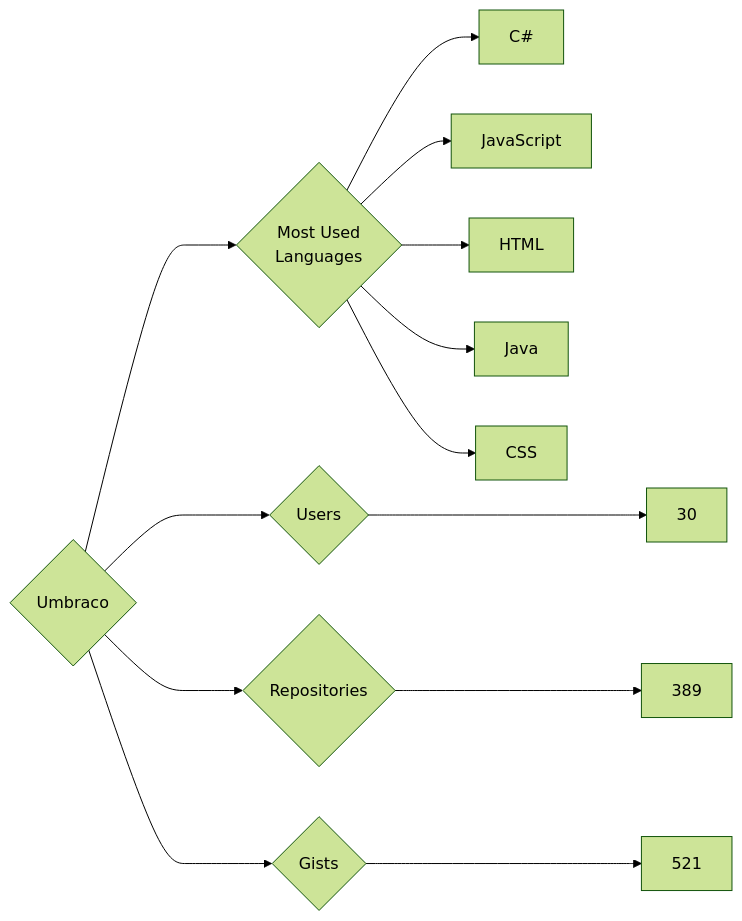
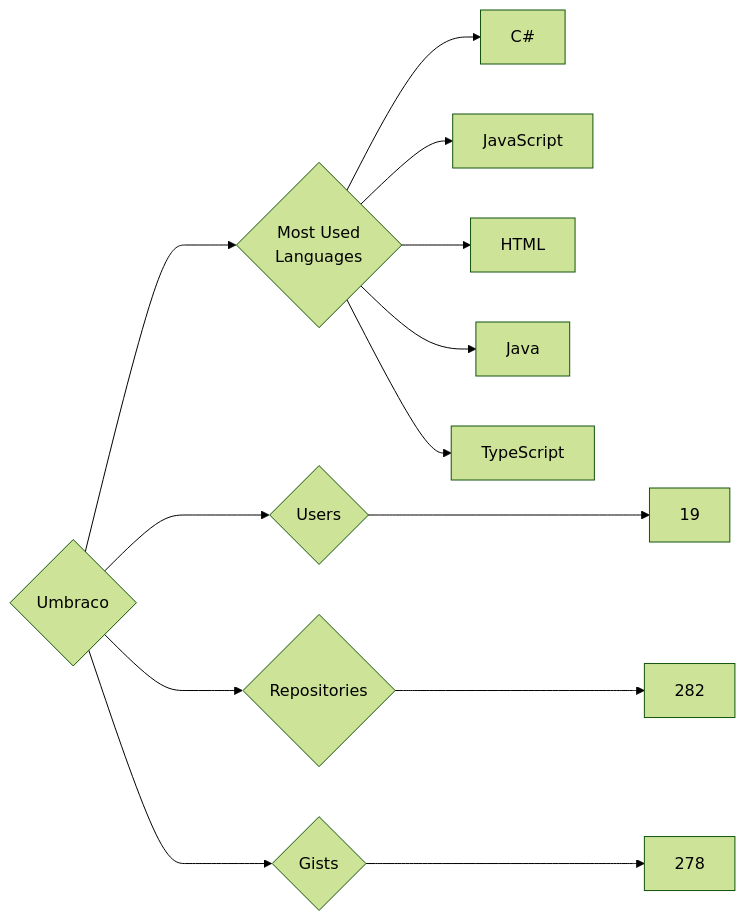
Before and after one commit to trickest/insiders: the diagram in targets/Umbraco/README.md, drawn with Mermaid (forest theme). The commit also changed 928 other files, not shown here.

````diff
--- a/targets/Umbraco/README.md
+++ b/targets/Umbraco/README.md
@@ -3,13 +3,13 @@
 ```mermaid
 graph LR
 COMPANY_NAME{Umbraco}
-COMPANY_NAME ---> U{Users} ---> UN[30]
-COMPANY_NAME ---> R{Repositories} ---> RN[389]
-COMPANY_NAME ---> G{Gists} ---> GN[521]
+COMPANY_NAME ---> U{Users} ---> UN[19]
+COMPANY_NAME ---> R{Repositories} ---> RN[282]
+COMPANY_NAME ---> G{Gists} ---> GN[278]
 COMPANY_NAME ---> ML{Most Used<br>Languages}
 ML --> C#[C#]
 ML --> JavaScript[JavaScript]
 ML --> HTML[HTML]
 ML --> Java[Java]
-ML --> CSS[CSS]
+ML --> TypeScript[TypeScript]
 ```
````
